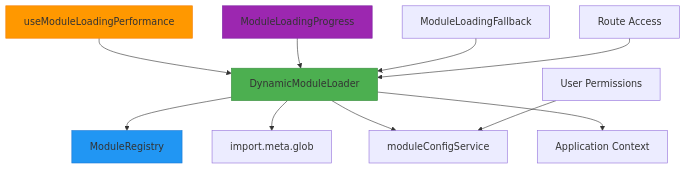
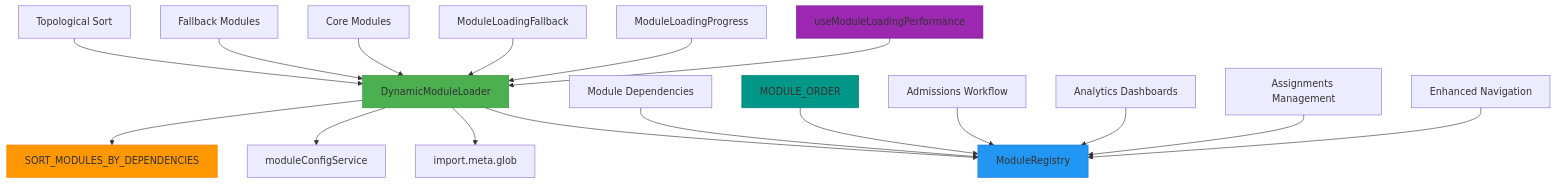
The first of 8 diagrams in .qoder/repowiki/en/content/Architecture Overview/Modular Architecture/Module System Overview/Dynamic Module Loading.md (geniusdynamics/schoolpilot), drawn with Mermaid before and after one commit. The commit also changed other lines of this file and 760 other files, not shown here.

````diff
--- a/.qoder/repowiki/en/content/Architecture Overview/Modular Architecture/Module System Overview/Dynamic Module Loading.md
+++ b/.qoder/repowiki/en/content/Architecture Overview/Modular Architecture/Module System Overview/Dynamic Module Loading.md
@@ -41,16 +55,24 @@
 ```mermaid
 graph TB
 A[DynamicModuleLoader] --> B[ModuleRegistry]
 A --> C[import.meta.glob]
 A --> D[moduleConfigService]
-E[useModuleLoadingPerformance] --> A
-F[ModuleLoadingProgress] --> A
-G[ModuleLoadingFallback] --> A
-H[Route Access] --> A
-I[User Permissions] --> D
-A --> J[Application Context]
+A --> E[SORT_MODULES_BY_DEPENDENCIES]
+F[useModuleLoadingPerformance] --> A
+G[ModuleLoadingProgress] --> A
+H[ModuleLoadingFallback] --> A
+I[Core Modules] --> A
+J[Fallback Modules] --> A
+K[Module Dependencies] --> B
+L[MODULE_ORDER] --> B
+M[Topological Sort] --> A
+N[Admissions Workflow] --> B
+O[Analytics Dashboards] --> B
+P[Assignments Management] --> B
+Q[Enhanced Navigation] --> B
 style A fill:#4CAF50,stroke:#388E3C
 style B fill:#2196F3,stroke:#1976D2
 style E fill:#FF9800,stroke:#F57C00
 style F fill:#9C27B0,stroke:#7B1FA2
+style L fill:#009688,stroke:#00796B
 ```
````
